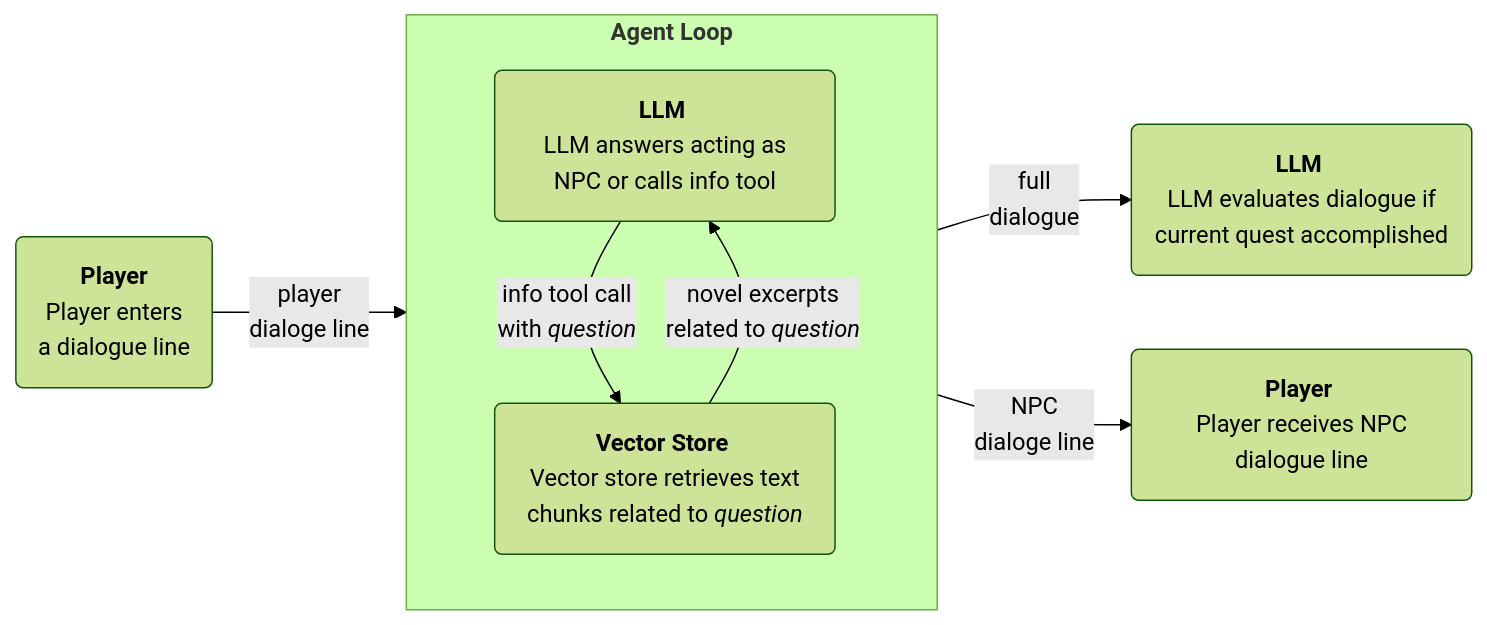
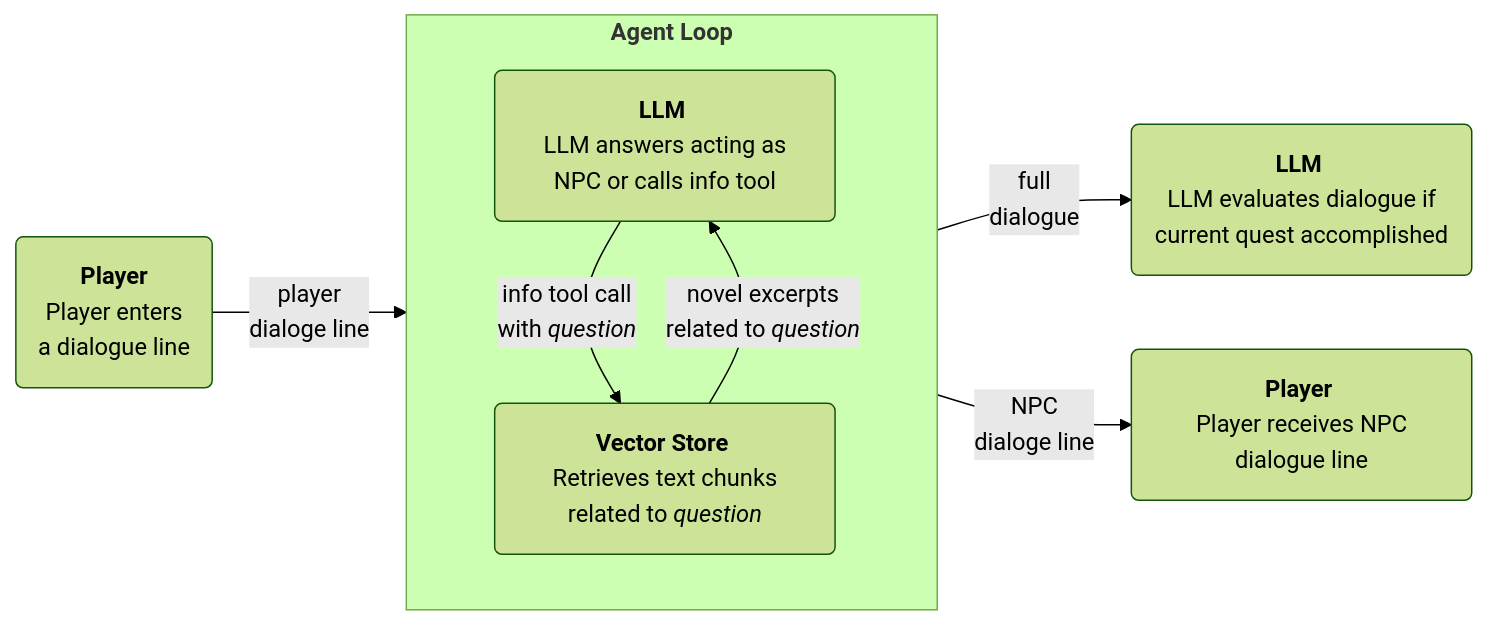
One commit to joern-kalz/ai-wonderland changed the diagram in README.md. Above: the diagram before and after it, drawn with Mermaid (forest theme). The commit also changed other lines of this file, not shown here.

````diff
--- a/README.md
+++ b/README.md
@@ -4,16 +4,16 @@
 ```mermaid
 flowchart LR
     P1("`**Player** <br> Player enters <br> a dialogue line`")
     subgraph a ["`**Agent Loop**`"]
     direction TB
     L1("`**LLM** <br> LLM answers acting as NPC or calls info tool`")
-    R("`**Vector Store** <br> Vector store retrieves text chunks related to *question*`")
+    R("`**Vector Store** <br> Retrieves text chunks related to *question*`")
     end
     L2("`**LLM** <br> LLM evaluates dialogue if current quest accomplished`")
     P2("`**Player** <br> Player receives NPC dialogue line`")
     P1 -->|"`player <br> dialoge line`"| a
     a -->|"`full <br> dialogue`"| L2
     L1 -->|"`info tool call <br> with *question*`"| R
     R -->|"`novel excerpts <br> related to *question*`"| L1
     a -->|"`NPC <br> dialoge line`"| P2
 ```
````
